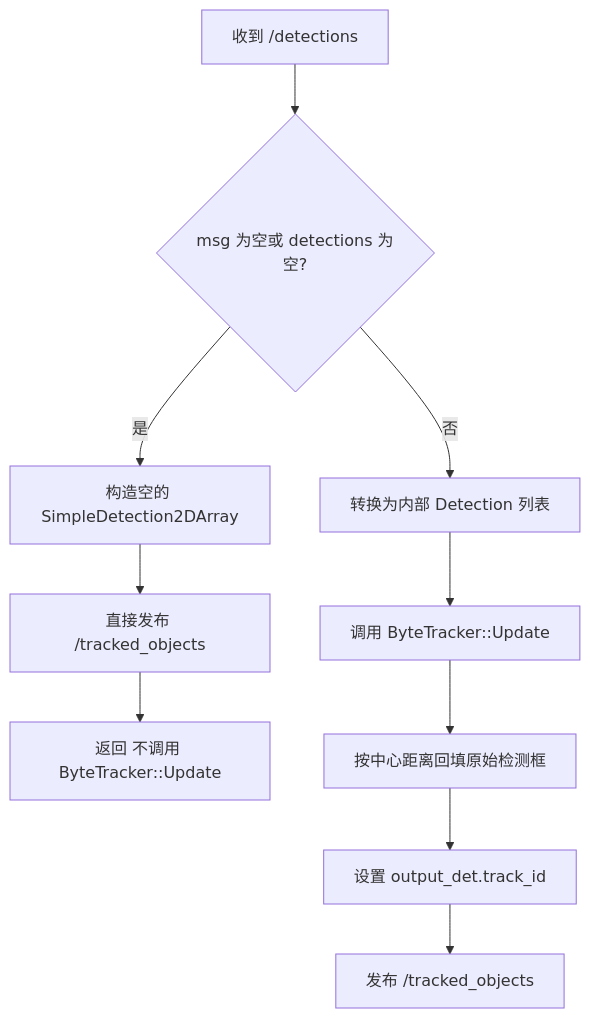
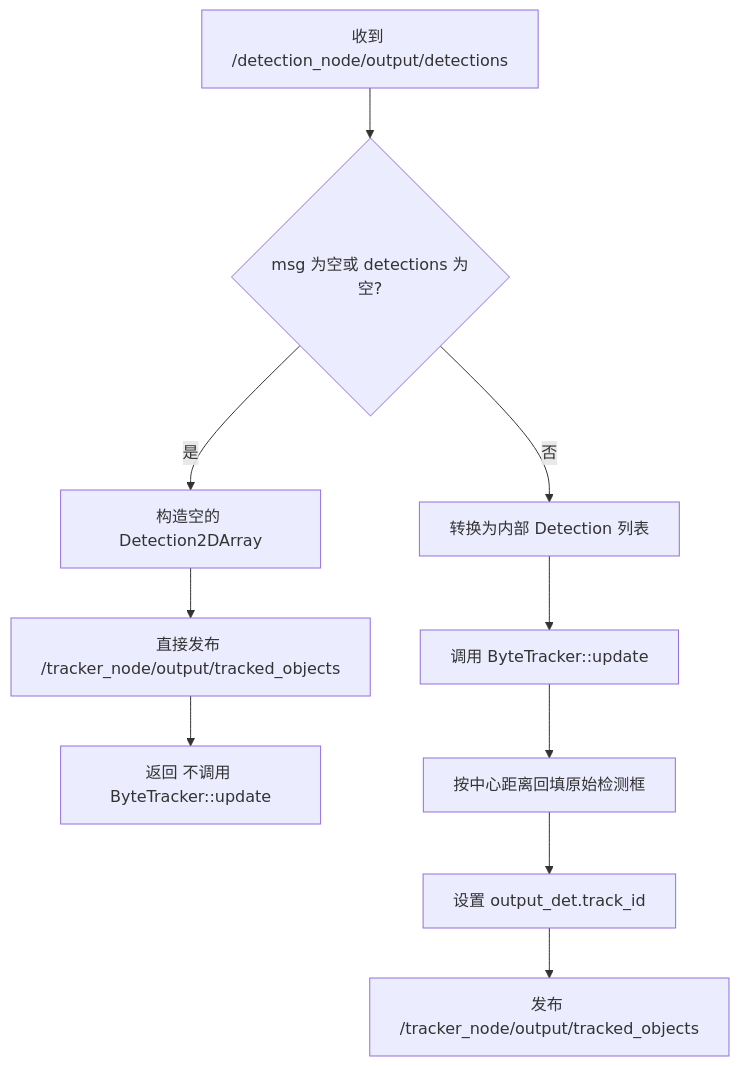
Before and after one commit to PT233/dog_dev: the third of 4 diagrams in docs/tracker_node/tracker_node-code-guide.md, drawn with Mermaid. The commit also changed other lines of this file and 322 other files, not shown here.

````diff
--- a/docs/tracker_node/tracker_node-code-guide.md
+++ b/docs/tracker_node/tracker_node-code-guide.md
@@ -313,12 +313,12 @@
 ```mermaid
 flowchart TD
-    A[收到 /detections] --> B{msg 为空或 detections 为空?}
-    B -- 是 --> C[构造空的 SimpleDetection2DArray]
-    C --> D[直接发布 /tracked_objects]
-    D --> E[返回 不调用 ByteTracker::Update]
+    A[收到 /detection_node/output/detections] --> B{msg 为空或 detections 为空?}
+    B -- 是 --> C[构造空的 Detection2DArray]
+    C --> D[直接发布 /tracker_node/output/tracked_objects]
+    D --> E[返回 不调用 ByteTracker::update]
     B -- 否 --> F[转换为内部 Detection 列表]
-    F --> G[调用 ByteTracker::Update]
+    F --> G[调用 ByteTracker::update]
     G --> H[按中心距离回填原始检测框]
     H --> I[设置 output_det.track_id]
-    I --> J[发布 /tracked_objects]
+    I --> J[发布 /tracker_node/output/tracked_objects]
 ```
````
